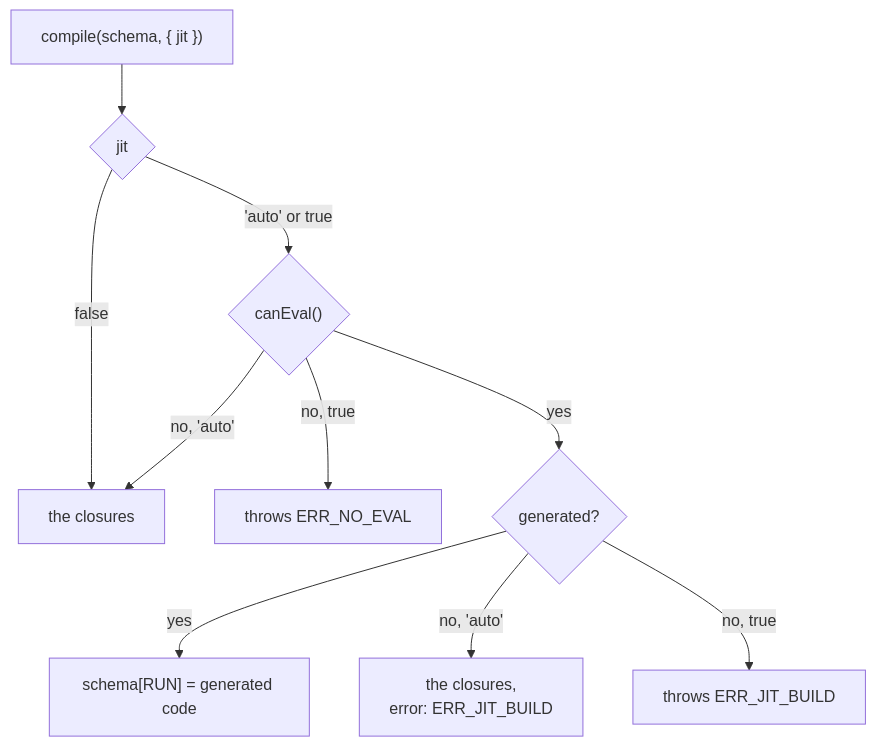
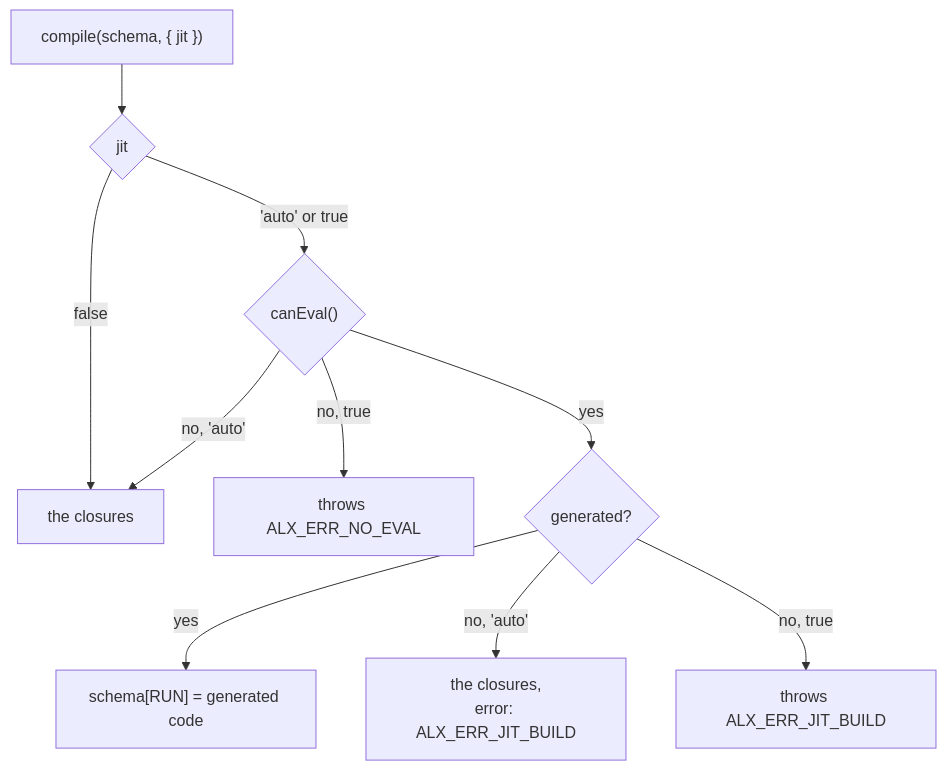
Before and after one commit to Alexis-Technologies/metaschema: the diagram in docs/guide/compile.md, drawn with Mermaid. The commit also changed other lines of this file and 177 other files, not shown here.

````diff
--- a/docs/guide/compile.md
+++ b/docs/guide/compile.md
@@ -50,12 +50,12 @@
 ```mermaid
 flowchart TB
     C["compile(schema, { jit })"] --> J{"jit"}
     J -->|"false"| CL["the closures"]
     J -->|"'auto' or true"| E{"canEval()"}
     E -->|"no, 'auto'"| CL
-    E -->|"no, true"| NE["throws ERR_NO_EVAL"]
+    E -->|"no, true"| NE["throws ALX_ERR_NO_EVAL"]
     E -->|"yes"| G{"generated?"}
     G -->|"yes"| JIT["schema[RUN] = generated code"]
-    G -->|"no, 'auto'"| FB["the closures,<br/>error: ERR_JIT_BUILD"]
-    G -->|"no, true"| TH["throws ERR_JIT_BUILD"]
+    G -->|"no, 'auto'"| FB["the closures,<br/>error: ALX_ERR_JIT_BUILD"]
+    G -->|"no, true"| TH["throws ALX_ERR_JIT_BUILD"]
 ```
````
